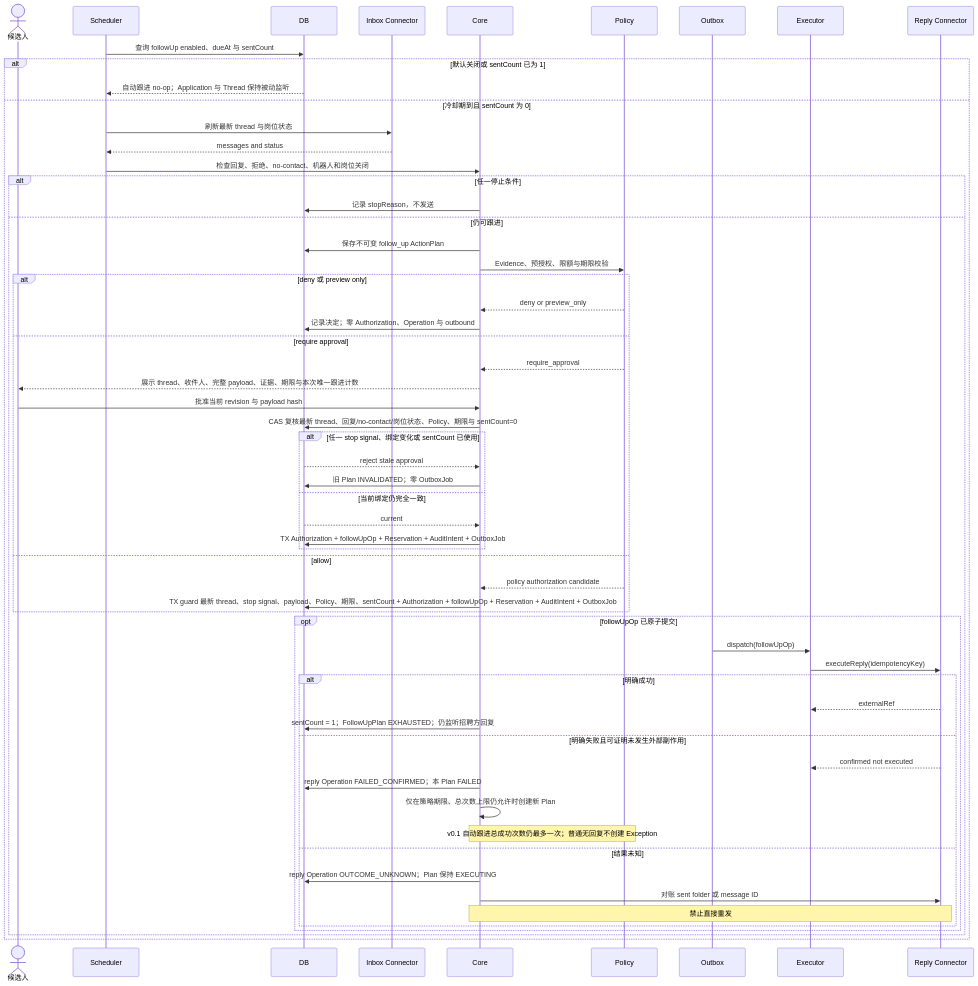
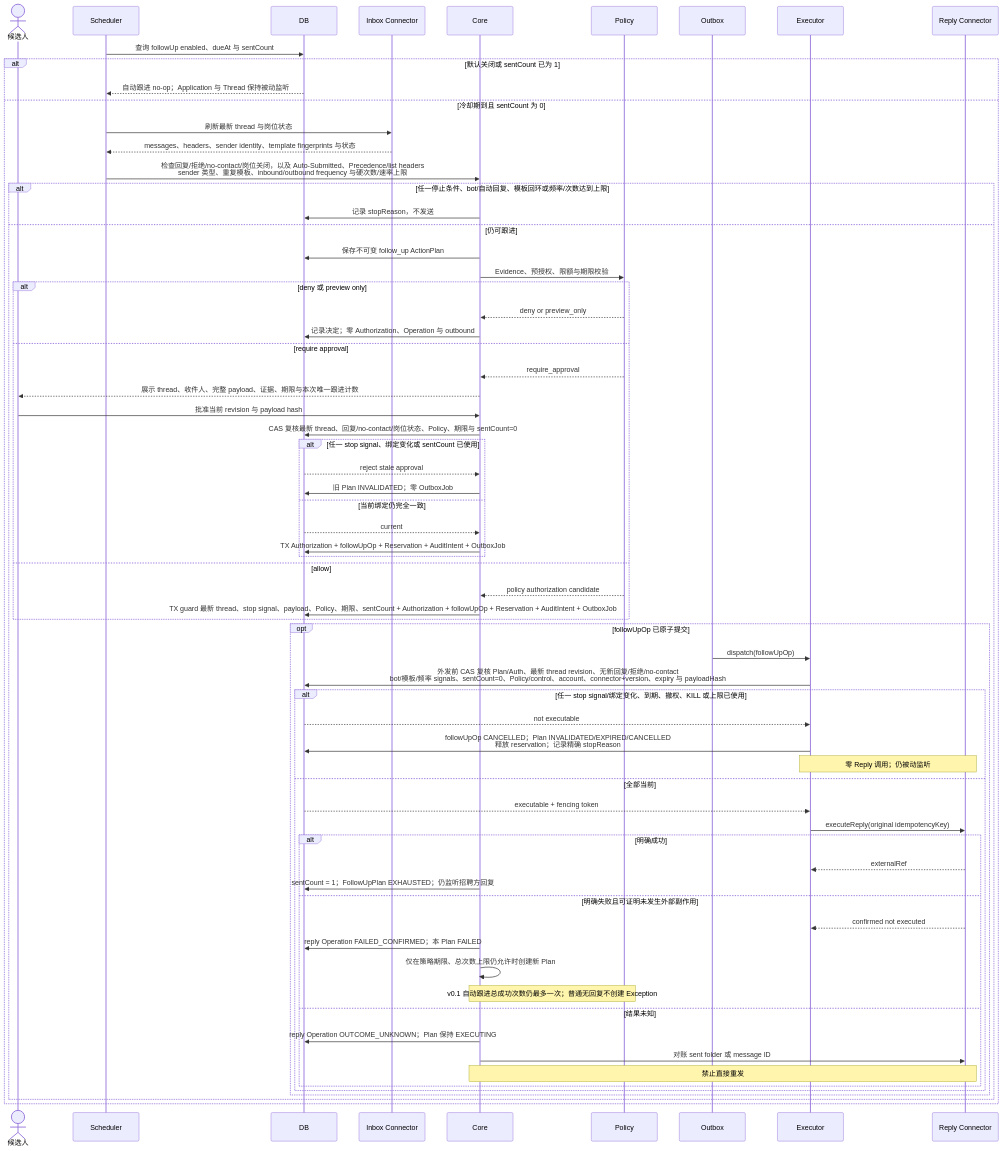
Diagram 11 of 24 in docs/product/uml/05-sequence-flows.md (AnnCYW-cm/rolefox), drawn with Mermaid before and after one commit. The commit also changed other lines of this file and 22 other files, not shown here.

Commit message:
docs: accept v0.1 product and UML baseline

````diff
--- a/docs/product/uml/05-sequence-flows.md
+++ b/docs/product/uml/05-sequence-flows.md
@@ -594,64 +773,74 @@
 ```mermaid
 sequenceDiagram
     actor User as 候选人
     participant Scheduler
     participant DB
     participant Inbox as Inbox Connector
     participant Core
     participant Policy
     participant Outbox
     participant Executor
     participant Reply as Reply Connector
 
     Scheduler->>DB: 查询 followUp enabled、dueAt 与 sentCount
     alt 默认关闭或 sentCount 已为 1
         %% @anchor FOLLOWUP_ONCE
         DB-->>Scheduler: 自动跟进 no-op；Application 与 Thread 保持被动监听
     else 冷却期到且 sentCount 为 0
         Scheduler->>Inbox: 刷新最新 thread 与岗位状态
-        Inbox-->>Scheduler: messages and status
-        Scheduler->>Core: 检查回复、拒绝、no-contact、机器人和岗位关闭
-        alt 任一停止条件
+        Inbox-->>Scheduler: messages、headers、sender identity、template fingerprints 与状态
+        %% @anchor FOLLOWUP_BOT_LOOP_GUARD
+        Scheduler->>Core: 检查回复/拒绝/no-contact/岗位关闭，以及 Auto-Submitted、Precedence/list headers<br/>sender 类型、重复模板、inbound/outbound frequency 与硬次数/速率上限
+        alt 任一停止条件、bot/自动回复、模板回环或频率/次数达到上限
             Core->>DB: 记录 stopReason，不发送
         else 仍可跟进
             Core->>DB: 保存不可变 follow_up ActionPlan
             Core->>Policy: Evidence、预授权、限额与期限校验
             alt deny 或 preview only
                 Policy-->>Core: deny or preview_only
                 Core->>DB: 记录决定；零 Authorization、Operation 与 outbound
             else require approval
                 Policy-->>Core: require_approval
                 Core-->>User: 展示 thread、收件人、完整 payload、证据、期限与本次唯一跟进计数
                 User->>Core: 批准当前 revision 与 payload hash
                 Core->>DB: CAS 复核最新 thread、回复/no-contact/岗位状态、Policy、期限与 sentCount=0
                 alt 任一 stop signal、绑定变化或 sentCount 已使用
                     DB-->>Core: reject stale approval
                     Core->>DB: 旧 Plan INVALIDATED；零 OutboxJob
                 else 当前绑定仍完全一致
                     DB-->>Core: current
                     Core->>DB: TX Authorization + followUpOp + Reservation + AuditIntent + OutboxJob
                 end
             else allow
                 Policy-->>Core: policy authorization candidate
                 Core->>DB: TX guard 最新 thread、stop signal、payload、Policy、期限、sentCount + Authorization + followUpOp + Reservation + AuditIntent + OutboxJob
             end
             opt followUpOp 已原子提交
                 Outbox->>Executor: dispatch(followUpOp)
-                Executor->>Reply: executeReply(idempotencyKey)
-                alt 明确成功
-                    Reply-->>Executor: externalRef
-                    Core->>DB: sentCount = 1；FollowUpPlan EXHAUSTED；仍监听招聘方回复
-                else 明确失败且可证明未发生外部副作用
-                    Reply-->>Executor: confirmed not executed
-                    Core->>DB: reply Operation FAILED_CONFIRMED；本 Plan FAILED
-                    Core->>Core: 仅在策略期限、总次数上限仍允许时创建新 Plan
-                    Note over Core,Policy: v0.1 自动跟进总成功次数仍最多一次；普通无回复不创建 Exception
-                else 结果未知
-                    Core->>DB: reply Operation OUTCOME_UNKNOWN；Plan 保持 EXECUTING
-                    Core->>Reply: 对账 sent folder 或 message ID
-                    Note over Core,Reply: 禁止直接重发
+                %% @anchor FOLLOWUP_EXECUTION_RECHECK
+                Executor->>DB: 外发前 CAS 复核 Plan/Auth、最新 thread revision、无新回复/拒绝/no-contact<br/>bot/模板/频率 signals、sentCount=0、Policy/control、account、connector+version、expiry 与 payloadHash
+                alt 任一 stop signal/绑定变化、到期、撤权、KILL 或上限已使用
+                    DB-->>Executor: not executable
+                    Executor->>DB: followUpOp CANCELLED；Plan INVALIDATED/EXPIRED/CANCELLED<br/>释放 reservation；记录精确 stopReason
+                    Note over Executor,Reply: 零 Reply 调用；仍被动监听
+                else 全部当前
+                    DB-->>Executor: executable + fencing token
+                    Executor->>Reply: executeReply(original idempotencyKey)
+                    alt 明确成功
+                        Reply-->>Executor: externalRef
+                        Core->>DB: sentCount = 1；FollowUpPlan EXHAUSTED；仍监听招聘方回复
+                    else 明确失败且可证明未发生外部副作用
+                        Reply-->>Executor: confirmed not executed
+                        Core->>DB: reply Operation FAILED_CONFIRMED；本 Plan FAILED
+                        Core->>Core: 仅在策略期限、总次数上限仍允许时创建新 Plan
+                        Note over Core,Policy: v0.1 自动跟进总成功次数仍最多一次；普通无回复不创建 Exception
+                    else 结果未知
+                        Core->>DB: reply Operation OUTCOME_UNKNOWN；Plan 保持 EXECUTING
+                        Core->>Reply: 对账 sent folder 或 message ID
+                        Note over Core,Reply: 禁止直接重发
+                    end
                 end
             end
         end
     end
 ```
````
